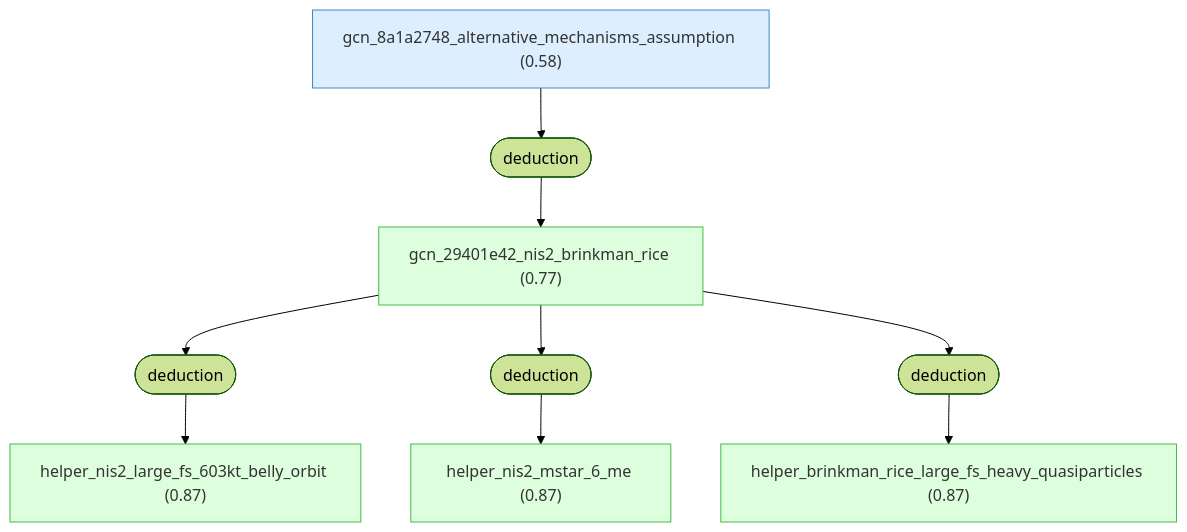
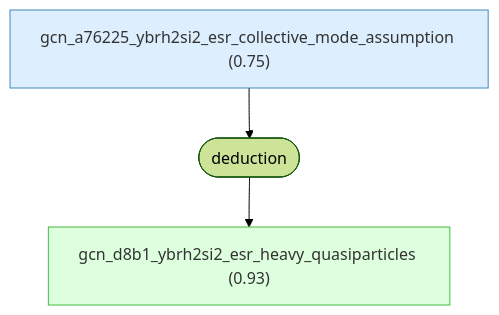
Before and after one commit to Callo42/fermi-liquid-effective-mass-gaia: the eighth of 13 diagrams in docs/detailed-reasoning.md, drawn with Mermaid (forest theme). The commit also changed other lines of this file and 53 other files, not shown here.

First line of the commit message:
Regenerate Fermi graph from connected root

````diff
--- a/docs/detailed-reasoning.md
+++ b/docs/detailed-reasoning.md
@@ -1079,30 +905,18 @@
 ```mermaid
 graph TD
-    gcn_8a1a2748_alternative_mechanisms_assumption["gcn_8a1a2748_alternative_mechanisms_assumption (0.58)"]:::premise
-    gcn_29401e42_nis2_brinkman_rice["gcn_29401e42_nis2_brinkman_rice (0.77)"]:::derived
-    helper_nis2_large_fs_603kt_belly_orbit["helper_nis2_large_fs_603kt_belly_orbit (0.87)"]:::derived
-    helper_nis2_mstar_6_me["helper_nis2_mstar_6_me (0.87)"]:::derived
-    helper_brinkman_rice_large_fs_heavy_quasiparticles["helper_brinkman_rice_large_fs_heavy_quasiparticles (0.87)"]:::derived
-    strat_19(["deduction"])
-    gcn_8a1a2748_alternative_mechanisms_assumption --> strat_19
-    strat_19 --> gcn_29401e42_nis2_brinkman_rice
-    strat_20(["deduction"])
-    gcn_29401e42_nis2_brinkman_rice --> strat_20
-    strat_20 --> helper_nis2_large_fs_603kt_belly_orbit
-    strat_21(["deduction"])
-    gcn_29401e42_nis2_brinkman_rice --> strat_21
-    strat_21 --> helper_nis2_mstar_6_me
-    strat_22(["deduction"])
-    gcn_29401e42_nis2_brinkman_rice --> strat_22
-    strat_22 --> helper_brinkman_rice_large_fs_heavy_quasiparticles
+    gcn_a76225_ybrh2si2_esr_collective_mode_assumption["gcn_a76225_ybrh2si2_esr_collective_mode_assumption (0.75)"]:::premise
+    gcn_d8b1_ybrh2si2_esr_heavy_quasiparticles["gcn_d8b1_ybrh2si2_esr_heavy_quasiparticles (0.93)"]:::derived
+    strat_14(["deduction"])
+    gcn_a76225_ybrh2si2_esr_collective_mode_assumption --> strat_14
+    strat_14 --> gcn_d8b1_ybrh2si2_esr_heavy_quasiparticles
 
     classDef setting fill:#f0f0f0,stroke:#999,color:#333
     classDef premise fill:#ddeeff,stroke:#4488bb,color:#333
     classDef derived fill:#ddffdd,stroke:#44bb44,color:#333
     classDef question fill:#fff3dd,stroke:#cc9944,color:#333
     classDef background fill:#f5f5f5,stroke:#bbb,stroke-dasharray: 5 5,color:#333
     classDef orphan fill:#fff,stroke:#ccc,stroke-dasharray: 5 5,color:#333
     classDef external fill:#fff,stroke:#aaa,stroke-dasharray: 3 3,color:#333
     classDef weak fill:#fff9c4,stroke:#f9a825,stroke-dasharray: 5 5,color:#333
     classDef contra fill:#ffebee,stroke:#c62828,color:#333
 ```
````
